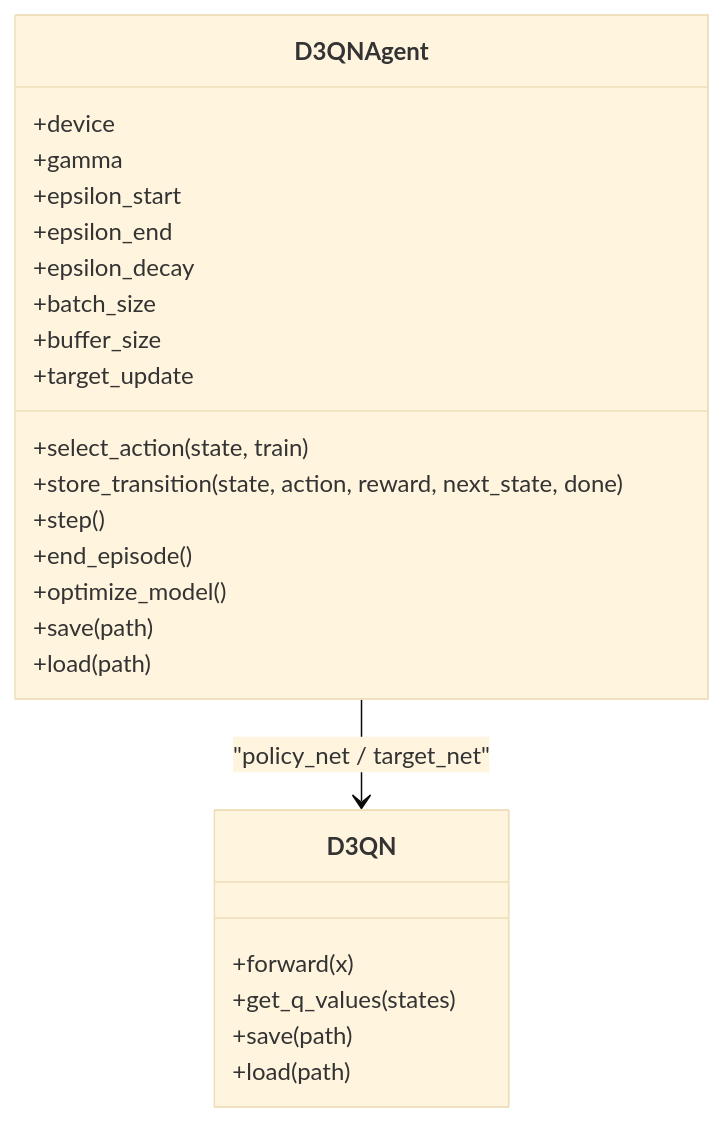
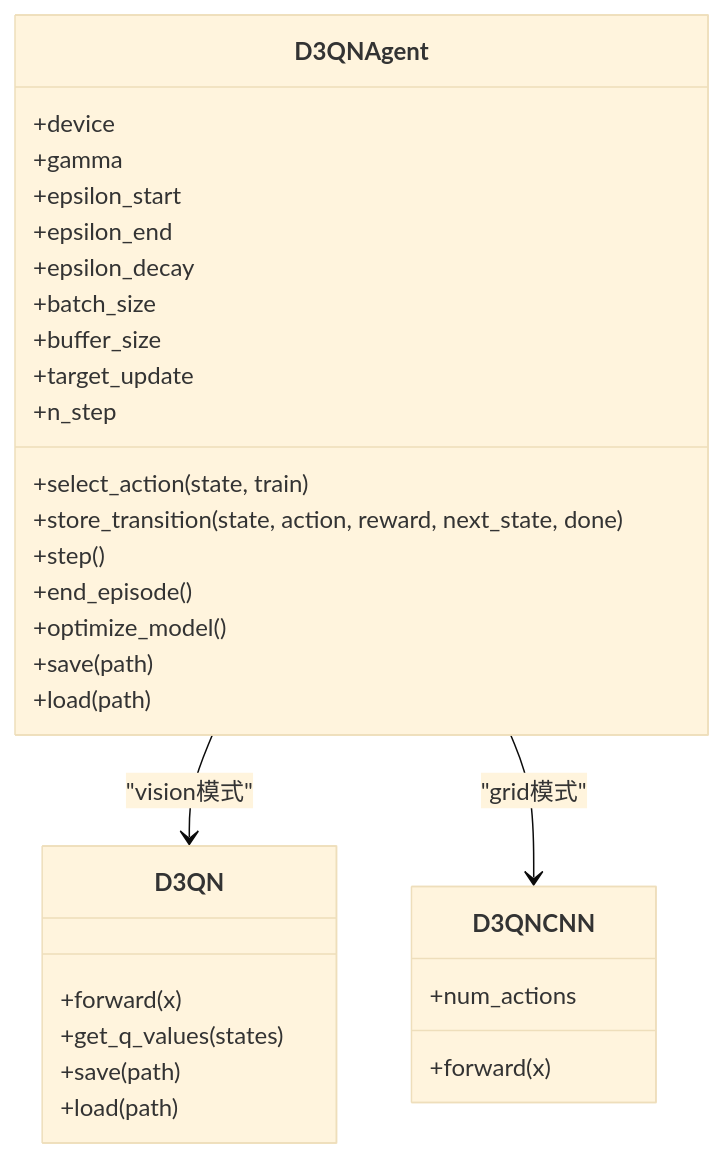
The fourth of 8 diagrams in .qoder/repowiki/zh/content/训练系统.md (fuweiq94-cloud/3399180760000), drawn with Mermaid (base theme) before and after one commit. The commit also changed other lines of this file and 75 other files, not shown here.

````diff
--- a/.qoder/repowiki/zh/content/训练系统.md
+++ b/.qoder/repowiki/zh/content/训练系统.md
@@ -211,27 +218,33 @@
 ```mermaid
 classDiagram
 class D3QNAgent {
 +device
 +gamma
 +epsilon_start
 +epsilon_end
 +epsilon_decay
 +batch_size
 +buffer_size
 +target_update
++n_step
 +select_action(state, train)
 +store_transition(state, action, reward, next_state, done)
 +step()
 +end_episode()
 +optimize_model()
 +save(path)
 +load(path)
 }
 class D3QN {
 +forward(x)
 +get_q_values(states)
 +save(path)
 +load(path)
 }
-D3QNAgent --> D3QN : "policy_net / target_net"
+class D3QNCNN {
++forward(x)
++num_actions
+}
+D3QNAgent --> D3QN : "vision模式"
+D3QNAgent --> D3QNCNN : "grid模式"
 ```
````
